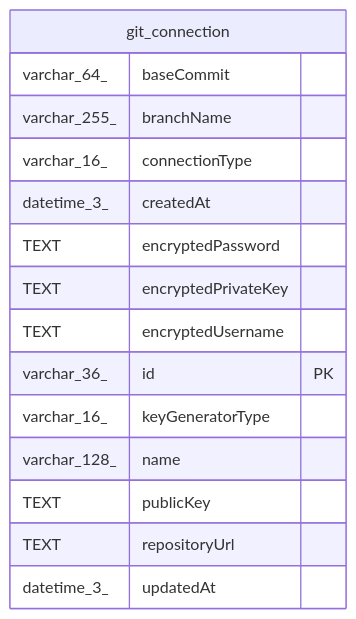
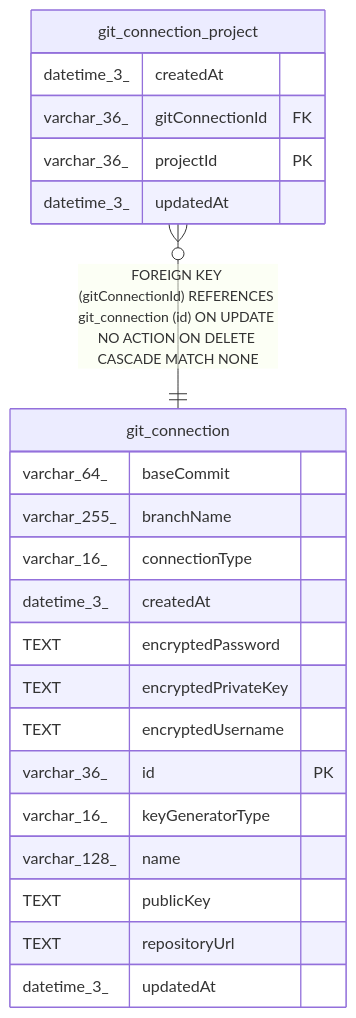
Before and after one commit to achuDk/n8n: the diagram in docs/generated/sqlite-schema/git_connection.md, drawn with Mermaid. The commit also changed other lines of this file and 28 other files, not shown here.

First line of the commit message:
feat(API): Assign a project to a git connection (no-changelog)

````diff
--- a/docs/generated/sqlite-schema/git_connection.md
+++ b/docs/generated/sqlite-schema/git_connection.md
@@ -49,20 +49,27 @@
 ```mermaid
 erDiagram
 
+"git_connection_project" }o--|| "git_connection" : "FOREIGN KEY (gitConnectionId) REFERENCES git_connection (id) ON UPDATE NO ACTION ON DELETE CASCADE MATCH NONE"
 
 "git_connection" {
   varchar_64_ baseCommit
   varchar_255_ branchName
   varchar_16_ connectionType
   datetime_3_ createdAt
   TEXT encryptedPassword
   TEXT encryptedPrivateKey
   TEXT encryptedUsername
   varchar_36_ id PK
   varchar_16_ keyGeneratorType
   varchar_128_ name
   TEXT publicKey
   TEXT repositoryUrl
   datetime_3_ updatedAt
 }
+"git_connection_project" {
+  datetime_3_ createdAt
+  varchar_36_ gitConnectionId FK
+  varchar_36_ projectId PK
+  datetime_3_ updatedAt
+}
 ```
````
